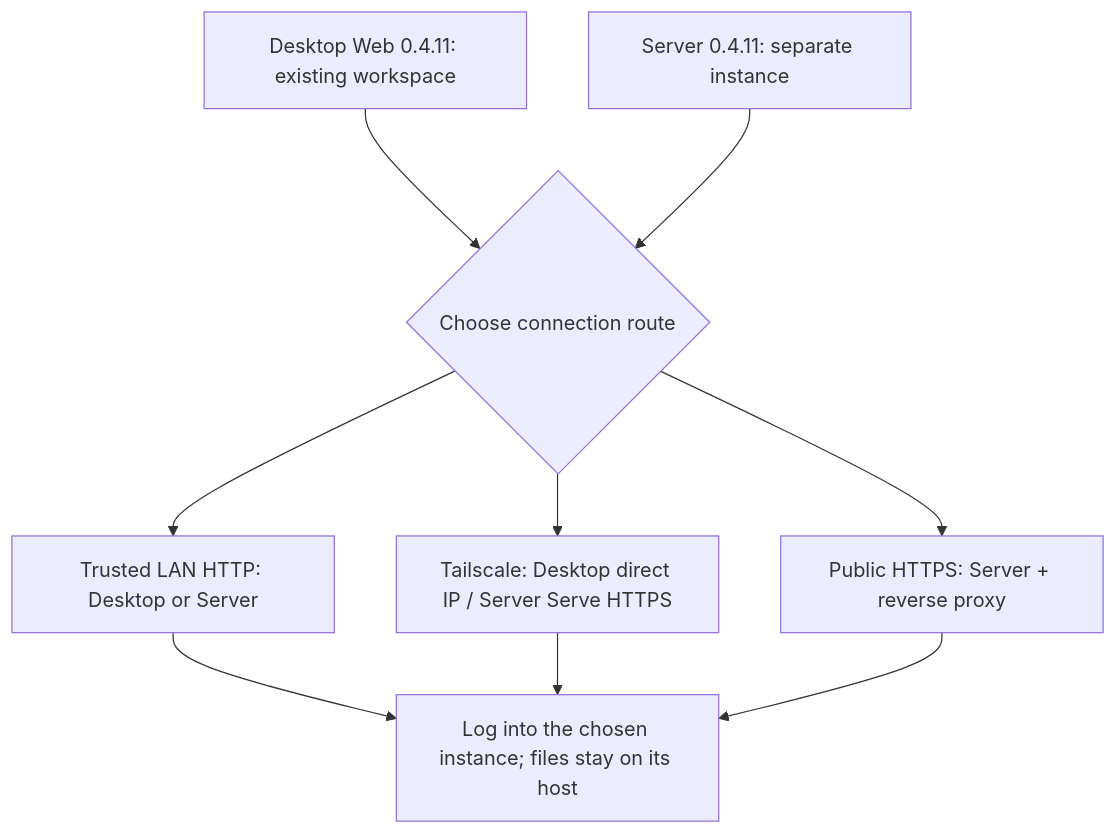
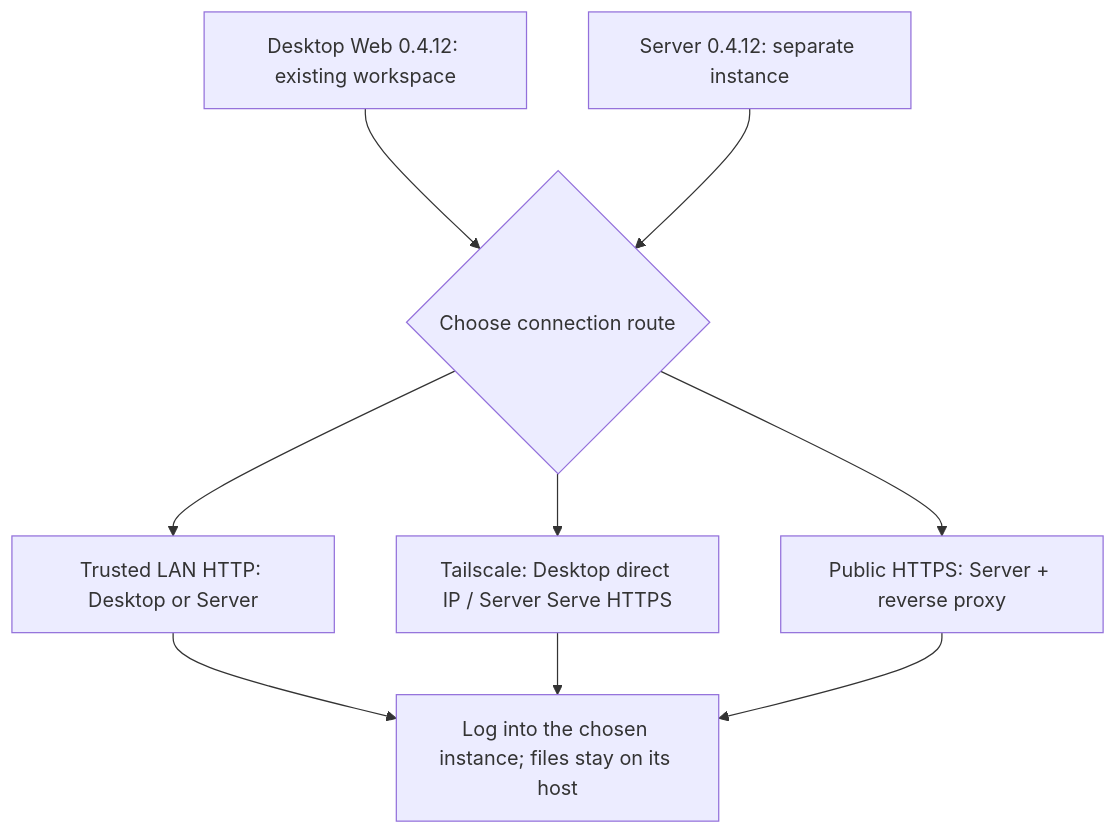
One commit to 123eyu/rovai-ai changed the diagram in website/site/public/assets/diagrams/deployment-choice-en.mmd. Above: the diagram before and after it, drawn with Mermaid. The commit also changed 11 other files, not shown here.

```diff
--- a/website/site/public/assets/diagrams/deployment-choice-en.mmd
+++ b/website/site/public/assets/diagrams/deployment-choice-en.mmd
@@ -1,12 +1,12 @@
 flowchart TB
-  desktop["Desktop Web 0.4.11: existing workspace"]
-  server["Server 0.4.11: separate instance"]
+  desktop["Desktop Web 0.4.12: existing workspace"]
+  server["Server 0.4.12: separate instance"]
   choice{"Choose connection route"}
   desktop --> choice
   server --> choice
   choice --> lan["Trusted LAN HTTP: Desktop or Server"]
   choice --> ts["Tailscale: Desktop direct IP / Server Serve HTTPS"]
   choice --> public["Public HTTPS: Server + reverse proxy"]
   lan --> login["Log into the chosen instance; files stay on its host"]
   ts --> login
   public --> login
```
